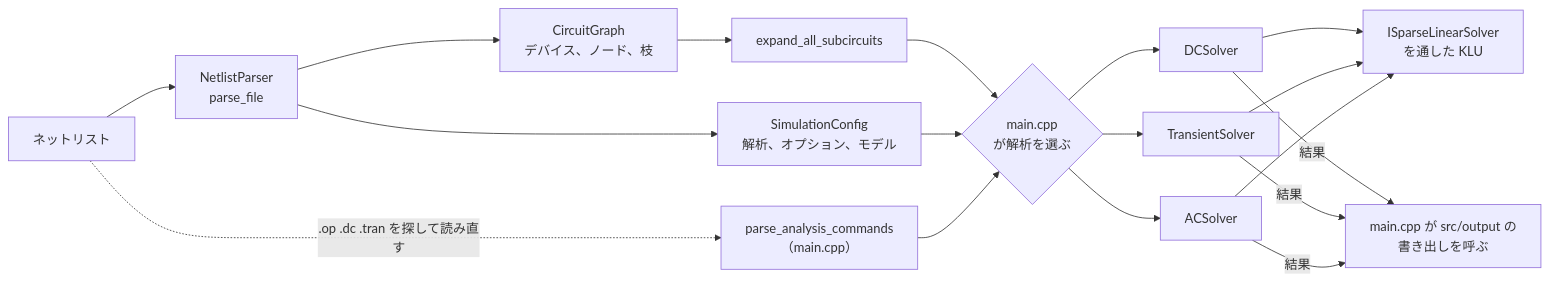
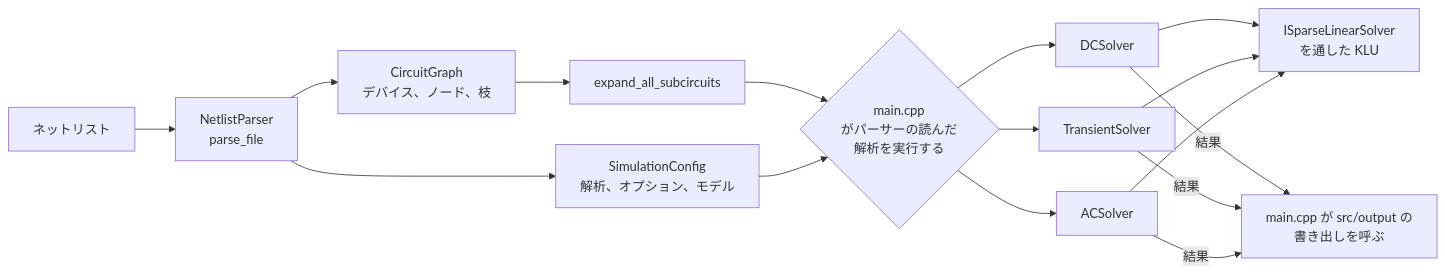
One commit to kurochan001/kirimaspice changed the first of 5 diagrams in docs/ARCHITECTURE.ja.md. Above: the diagram before and after it, drawn with Mermaid. The commit also changed other lines of this file and 19 other files, not shown here.

````diff
--- a/docs/ARCHITECTURE.ja.md
+++ b/docs/ARCHITECTURE.ja.md
@@ -32,14 +32,13 @@
 ```mermaid
 flowchart LR
     N[ネットリスト] --> P[NetlistParser<br/>parse_file]
-    N -. ".op .dc .tran を探して読み直す" .-> A["parse_analysis_commands<br/>（main.cpp）"]
     P --> C[CircuitGraph<br/>デバイス、ノード、枝]
     P --> S[SimulationConfig<br/>解析、オプション、モデル]
     C --> X[expand_all_subcircuits]
-    X & S & A --> M{"main.cpp<br/>が解析を選ぶ"}
+    X & S --> M{"main.cpp<br/>がパーサーの読んだ<br/>解析を実行する"}
     M --> DC[DCSolver]
     M --> TR[TransientSolver]
     M --> AC[ACSolver]
     DC & TR & AC --> K[ISparseLinearSolver<br/>を通した KLU]
     DC & TR & AC -->|結果| W["main.cpp が src/output の<br/>書き出しを呼ぶ"]
 ```
````
